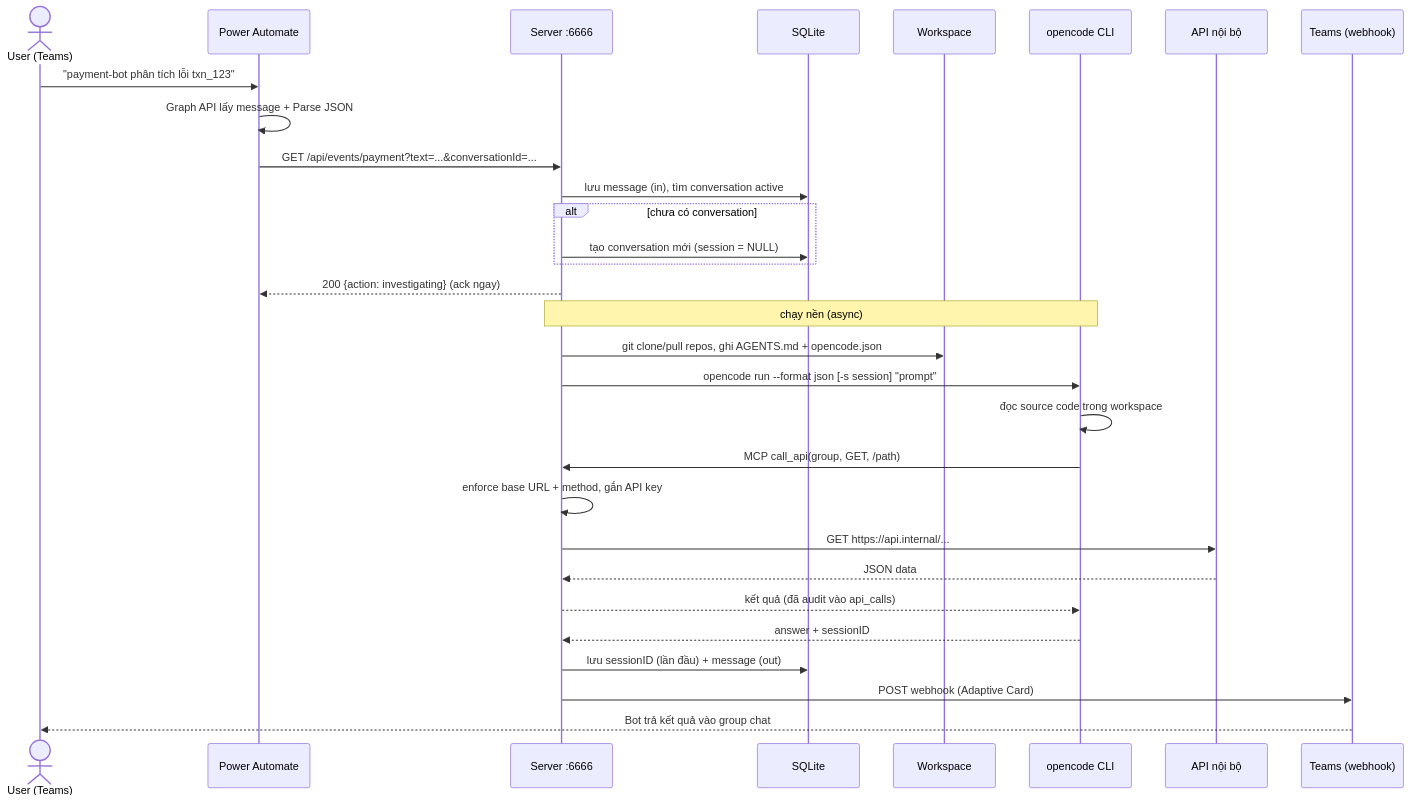
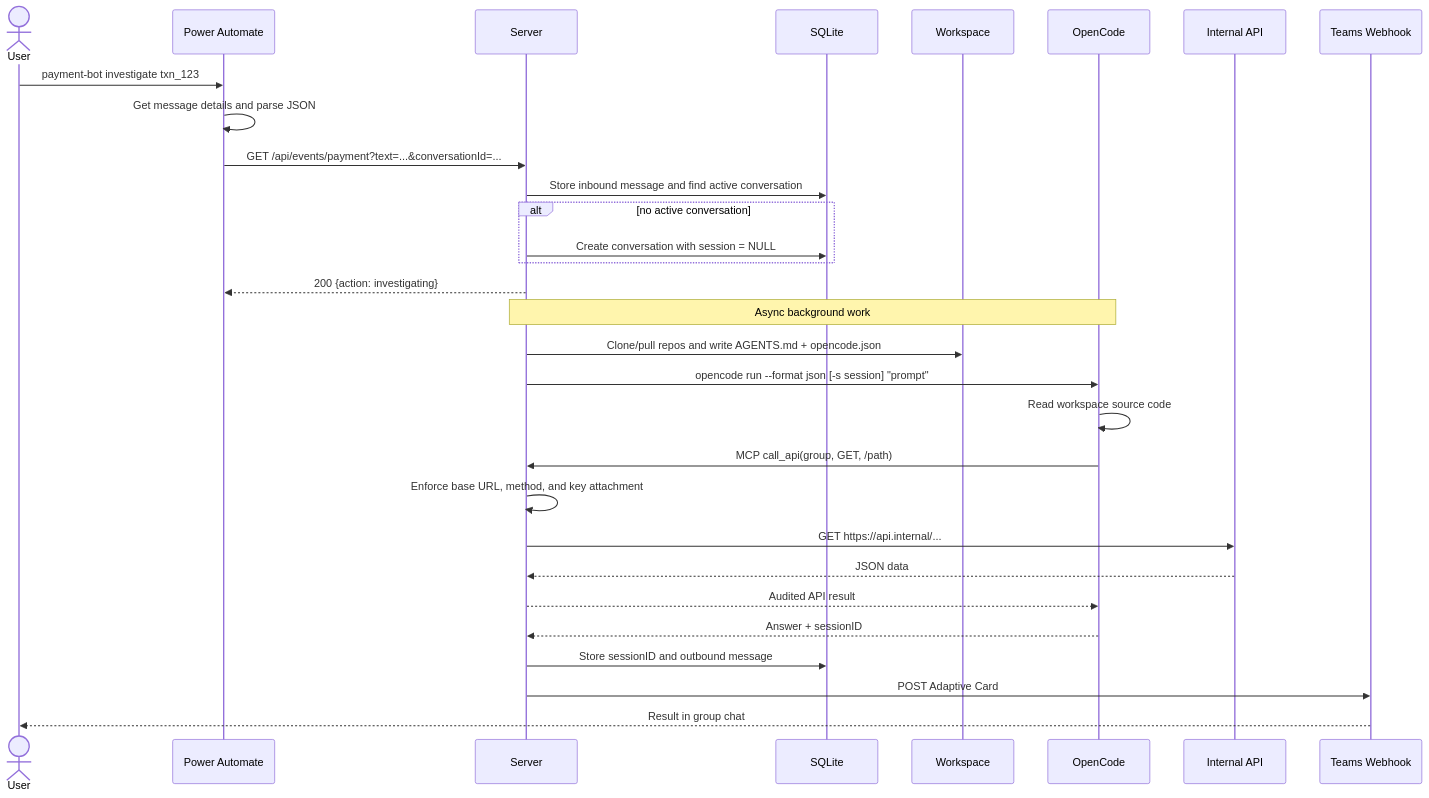
One commit to sowndev0106/open-trace-bridge changed the second of 4 diagrams in docs/DIAGRAMS.md. Above: the diagram before and after it, drawn with Mermaid. The commit also changed other lines of this file and 33 other files, not shown here.

````diff
--- a/docs/DIAGRAMS.md
+++ b/docs/DIAGRAMS.md
@@ -51,34 +51,34 @@
 ```mermaid
 sequenceDiagram
-    actor U as User (Teams)
+    actor U as User
     participant PA as Power Automate
-    participant S as Server :6666
+    participant S as Server
     participant DB as SQLite
     participant W as Workspace
-    participant O as opencode CLI
-    participant A as API nội bộ
-    participant T as Teams (webhook)
+    participant O as OpenCode
+    participant A as Internal API
+    participant T as Teams Webhook
 
-    U->>PA: "payment-bot phân tích lỗi txn_123"
-    PA->>PA: Graph API lấy message + Parse JSON
+    U->>PA: payment-bot investigate txn_123
+    PA->>PA: Get message details and parse JSON
     PA->>S: GET /api/events/payment?text=...&conversationId=...
-    S->>DB: lưu message (in), tìm conversation active
-    alt chưa có conversation
-        S->>DB: tạo conversation mới (session = NULL)
+    S->>DB: Store inbound message and find active conversation
+    alt no active conversation
+        S->>DB: Create conversation with session = NULL
     end
-    S-->>PA: 200 {action: investigating} (ack ngay)
+    S-->>PA: 200 {action: investigating}
 
-    Note over S,O: chạy nền (async)
-    S->>W: git clone/pull repos, ghi AGENTS.md + opencode.json
+    Note over S,O: Async background work
+    S->>W: Clone/pull repos and write AGENTS.md + opencode.json
     S->>O: opencode run --format json [-s session] "prompt"
-    O->>O: đọc source code trong workspace
+    O->>O: Read workspace source code
     O->>S: MCP call_api(group, GET, /path)
-    S->>S: enforce base URL + method, gắn API key
+    S->>S: Enforce base URL, method, and key attachment
     S->>A: GET https://api.internal/...
     A-->>S: JSON data
-    S-->>O: kết quả (đã audit vào api_calls)
-    O-->>S: answer + sessionID
-    S->>DB: lưu sessionID (lần đầu) + message (out)
-    S->>T: POST webhook (Adaptive Card)
-    T-->>U: Bot trả kết quả vào group chat
+    S-->>O: Audited API result
+    O-->>S: Answer + sessionID
+    S->>DB: Store sessionID and outbound message
+    S->>T: POST Adaptive Card
+    T-->>U: Result in group chat
 ```
````
